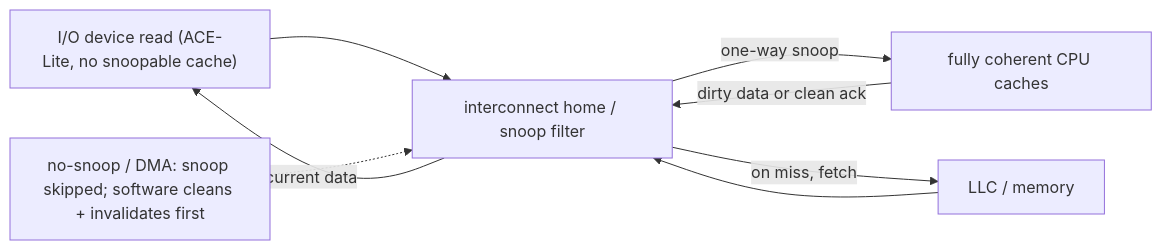
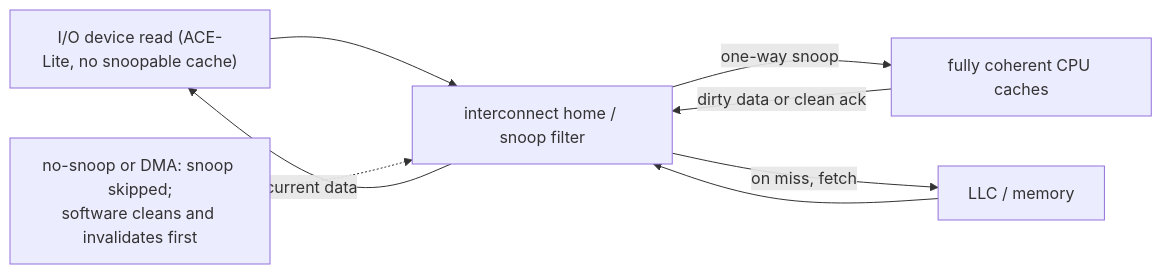
The third of 5 diagrams in 01_Architecture_and_PPA/04_SoC_and_Chiplet_Architecture/05_IO_and_Chiplets/01_QoS_Ordering_and_IO_Coherence.md (Wty2003328/silicon-design-notebook), drawn with Mermaid before and after one commit. The commit also changed other lines of this file and 125 other files, not shown here.

First line of the commit message:
Complete the AMBA family, refresh the learning path, and make every figure and formula actually render

````diff
--- a/01_Architecture_and_PPA/04_SoC_and_Chiplet_Architecture/05_IO_and_Chiplets/01_QoS_Ordering_and_IO_Coherence.md
+++ b/01_Architecture_and_PPA/04_SoC_and_Chiplet_Architecture/05_IO_and_Chiplets/01_QoS_Ordering_and_IO_Coherence.md
@@ -177,10 +183,10 @@
 ```mermaid
 flowchart LR
     DEV["I/O device read (ACE-Lite, no snoopable cache)"] --> HN["interconnect home / snoop filter"]
     HN -->|"one-way snoop"| CPU["fully coherent CPU caches"]
     CPU -->|"dirty data or clean ack"| HN
     HN -->|"on miss, fetch"| LLC["LLC / memory"]
     LLC --> HN
     HN -->|"current data"| DEV
-    NS["no-snoop / DMA: snoop skipped; software cleans + invalidates first"] -.-> HN
+    NS["no-snoop or DMA: snoop skipped;<br/>software cleans and invalidates first"] -.-> HN
 ```
````
